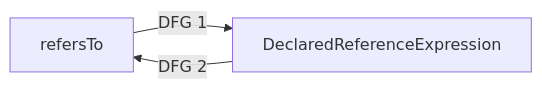
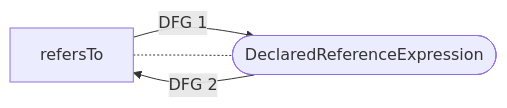
Diagram 14 of 28 in cpg-core/specifications/dfg.md (Fraunhofer-AISEC/cpg), drawn with Mermaid before and after one commit. The commit also changed other lines of this file, not shown here.

````diff
--- a/cpg-core/specifications/dfg.md
+++ b/cpg-core/specifications/dfg.md
@@ -188,5 +198,6 @@
   ```mermaid
   flowchart LR
-    refersTo -- DFG 1 --> DeclaredReferenceExpression;
-    DeclaredReferenceExpression -- DFG 2 --> refersTo;
+    refersTo -- DFG 1 --> node([DeclaredReferenceExpression]);
+    refersTo -.- node;
+    node -- DFG 2 --> refersTo;
   ```
````
